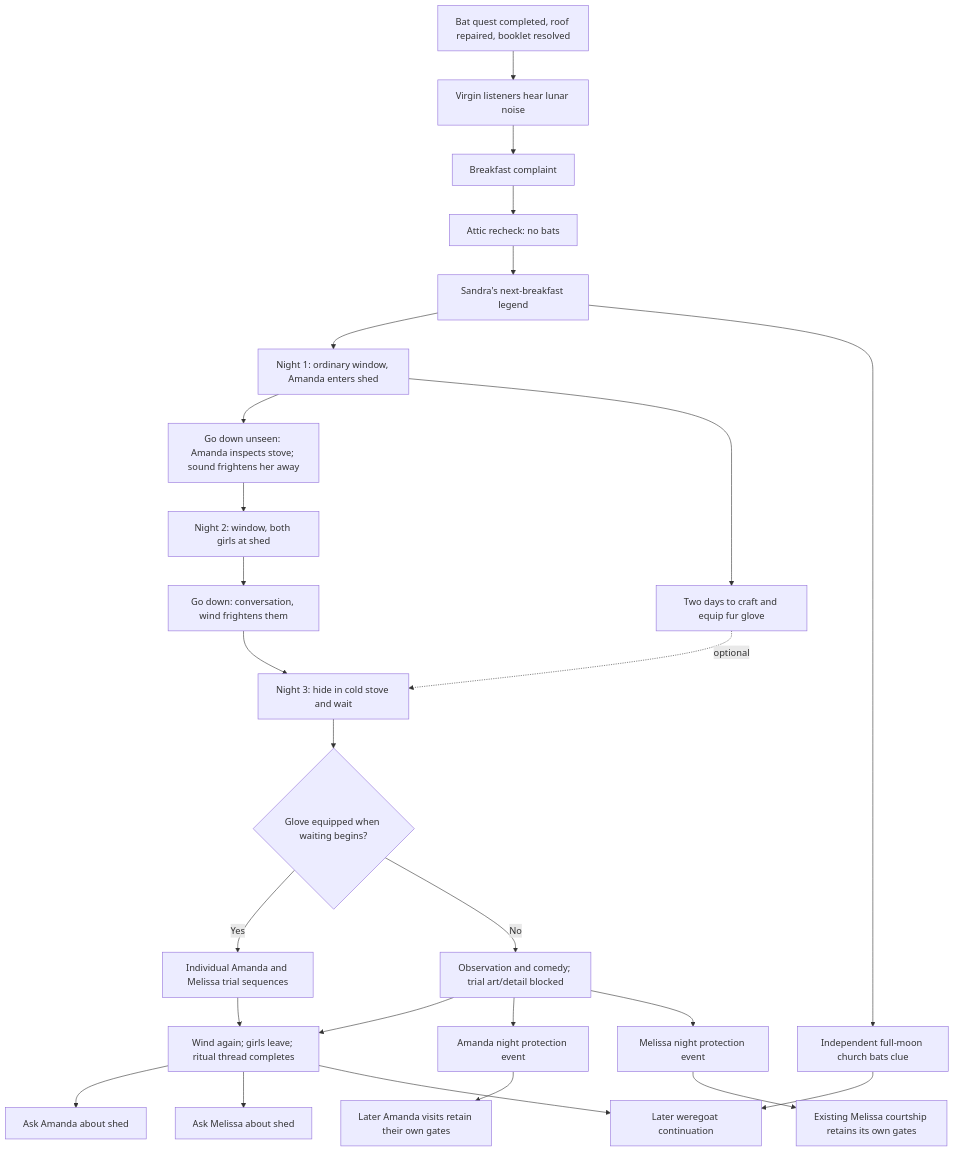
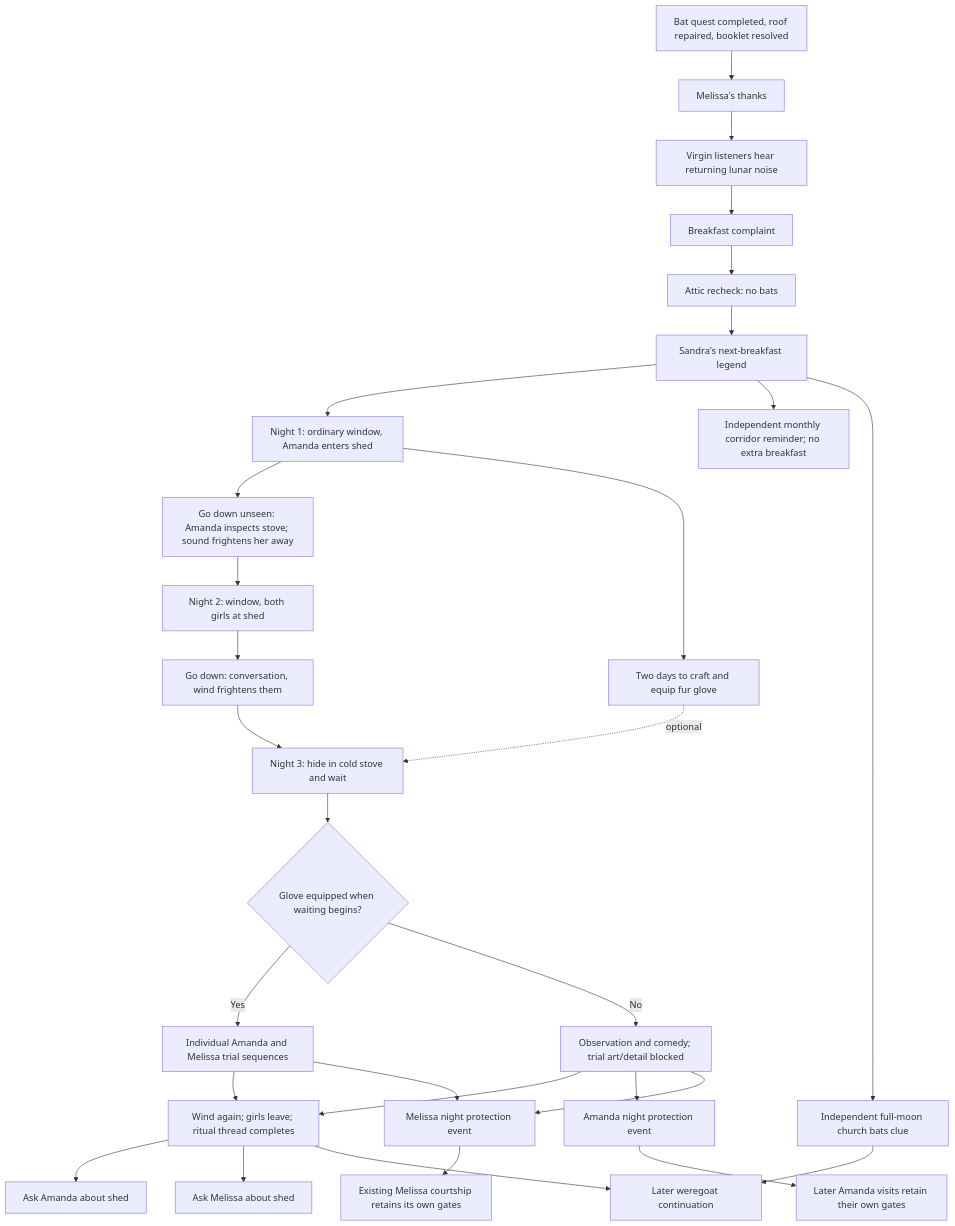
The diagram in devdocs/characters/moon_noise_stove_ghost_event_plan.md (BaZeLR/Billy-Bones-Inn-), drawn with Mermaid before and after one commit. The commit also changed other lines of this file and 65 other files, not shown here.

````diff
--- a/devdocs/characters/moon_noise_stove_ghost_event_plan.md
+++ b/devdocs/characters/moon_noise_stove_ghost_event_plan.md
@@ -44,28 +56,31 @@
 ```mermaid
 flowchart TD
-    B[Bat quest completed, roof repaired, booklet resolved] --> N[Virgin listeners hear lunar noise]
+    B[Bat quest completed, roof repaired, booklet resolved] --> BT[Melissa's thanks]
+    BT --> N[Virgin listeners hear returning lunar noise]
     N --> BF[Breakfast complaint]
     BF --> A[Attic recheck: no bats]
     A --> S[Sandra's next-breakfast legend]
     S --> W1[Night 1: ordinary window, Amanda enters shed]
     W1 --> C1[Go down unseen: Amanda inspects stove; sound frightens her away]
     W1 --> G[Two days to craft and equip fur glove]
     C1 --> W2[Night 2: window, both girls at shed]
     W2 --> C2[Go down: conversation, wind frightens them]
     C2 --> H[Night 3: hide in cold stove and wait]
     G -. optional .-> H
     H --> Q{Glove equipped when waiting begins?}
     Q -->|Yes| T[Individual Amanda and Melissa trial sequences]
     Q -->|No| NG[Observation and comedy; trial art/detail blocked]
     T --> F[Wind again; girls leave; ritual thread completes]
     NG --> F
     NG --> PA[Amanda night protection event]
     NG --> PM[Melissa night protection event]
+    T --> PM
     PA --> AP[Later Amanda visits retain their own gates]
     PM --> MP[Existing Melissa courtship retains its own gates]
     F --> DA[Ask Amanda about shed]
     F --> DM[Ask Melissa about shed]
+    S --> R[Independent monthly corridor reminder; no extra breakfast]
     S --> CH[Independent full-moon church bats clue]
     CH --> WG[Later weregoat continuation]
     F --> WG
 ```
````
